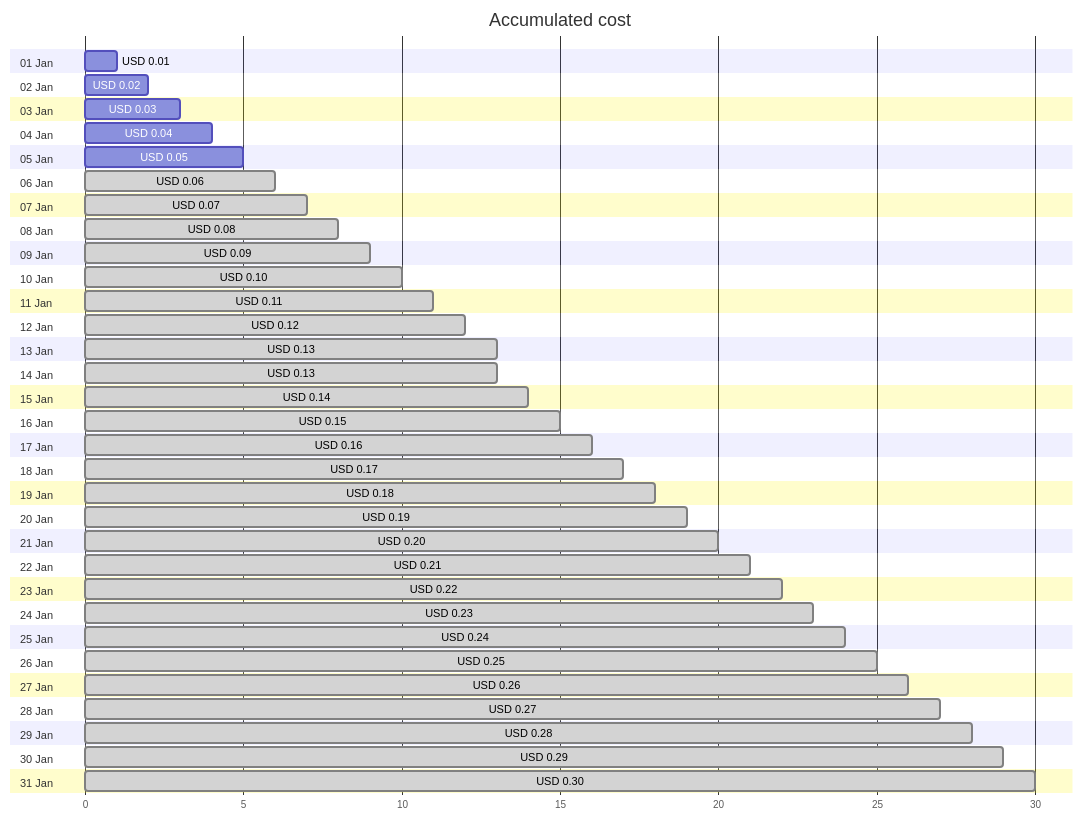
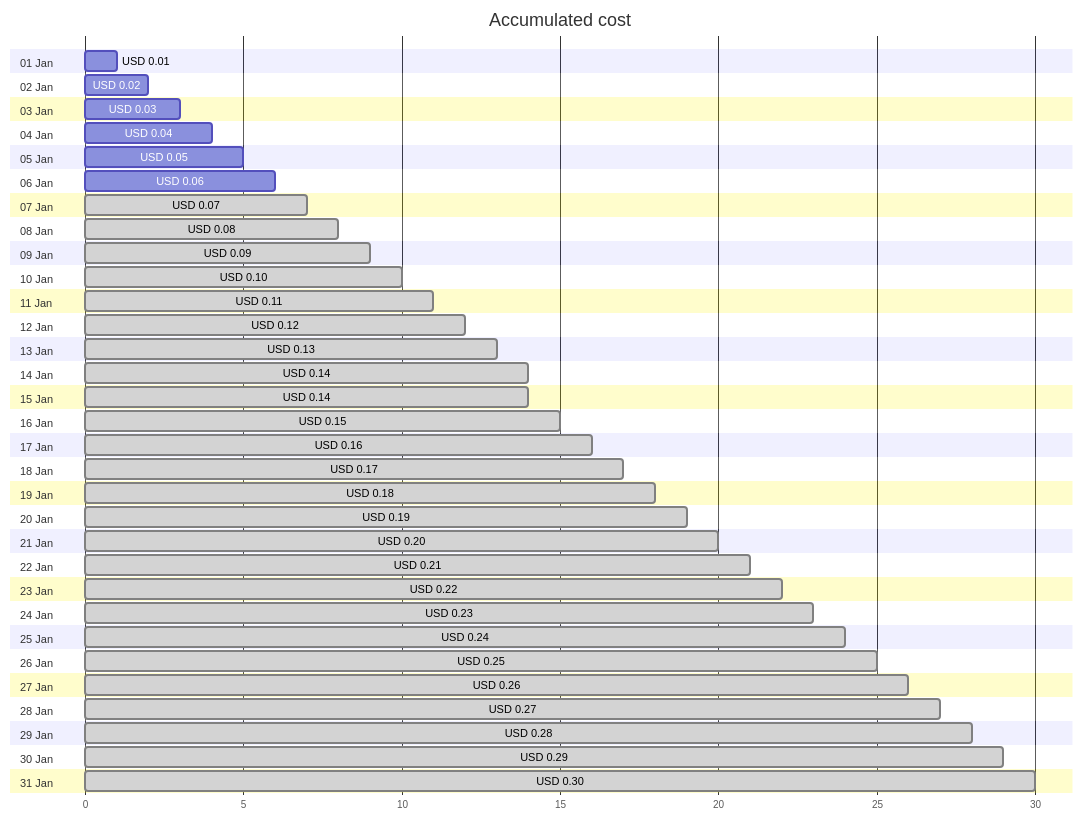
Before and after one commit to jpfulton/azure-personal-reports: the first of 4 diagrams in cost-reports/cloud-shell-storage-eastus/README.md, drawn with Mermaid. The commit also changed other lines of this file and 1 other file, not shown here.

````diff
--- a/cost-reports/cloud-shell-storage-eastus/README.md
+++ b/cost-reports/cloud-shell-storage-eastus/README.md
@@ -20,68 +20,68 @@
 ```mermaid
 gantt
    title Accumulated cost
    dateFormat  X
    axisFormat %s
    section 01 Jan
    USD 0.01 :0, 1
    section 02 Jan
    USD 0.02 :0, 2
    section 03 Jan
    USD 0.03 :0, 3
    section 04 Jan
    USD 0.04 :0, 4
    section 05 Jan
    USD 0.05 :0, 5
    section 06 Jan
-   USD 0.06 : done, 0, 6
+   USD 0.06 :0, 6
    section 07 Jan
    USD 0.07 : done, 0, 7
    section 08 Jan
    USD 0.08 : done, 0, 8
    section 09 Jan
    USD 0.09 : done, 0, 9
    section 10 Jan
    USD 0.10 : done, 0, 10
    section 11 Jan
    USD 0.11 : done, 0, 11
    section 12 Jan
    USD 0.12 : done, 0, 12
    section 13 Jan
    USD 0.13 : done, 0, 13
    section 14 Jan
-   USD 0.13 : done, 0, 13
+   USD 0.14 : done, 0, 14
    section 15 Jan
    USD 0.14 : done, 0, 14
    section 16 Jan
    USD 0.15 : done, 0, 15
    section 17 Jan
    USD 0.16 : done, 0, 16
    section 18 Jan
    USD 0.17 : done, 0, 17
    section 19 Jan
    USD 0.18 : done, 0, 18
    section 20 Jan
    USD 0.19 : done, 0, 19
    section 21 Jan
    USD 0.20 : done, 0, 20
    section 22 Jan
    USD 0.21 : done, 0, 21
    section 23 Jan
    USD 0.22 : done, 0, 22
    section 24 Jan
    USD 0.23 : done, 0, 23
    section 25 Jan
    USD 0.24 : done, 0, 24
    section 26 Jan
    USD 0.25 : done, 0, 25
    section 27 Jan
    USD 0.26 : done, 0, 26
    section 28 Jan
    USD 0.27 : done, 0, 27
    section 29 Jan
    USD 0.28 : done, 0, 28
    section 30 Jan
    USD 0.29 : done, 0, 29
    section 31 Jan
    USD 0.30 : done, 0, 30
 ```
````
